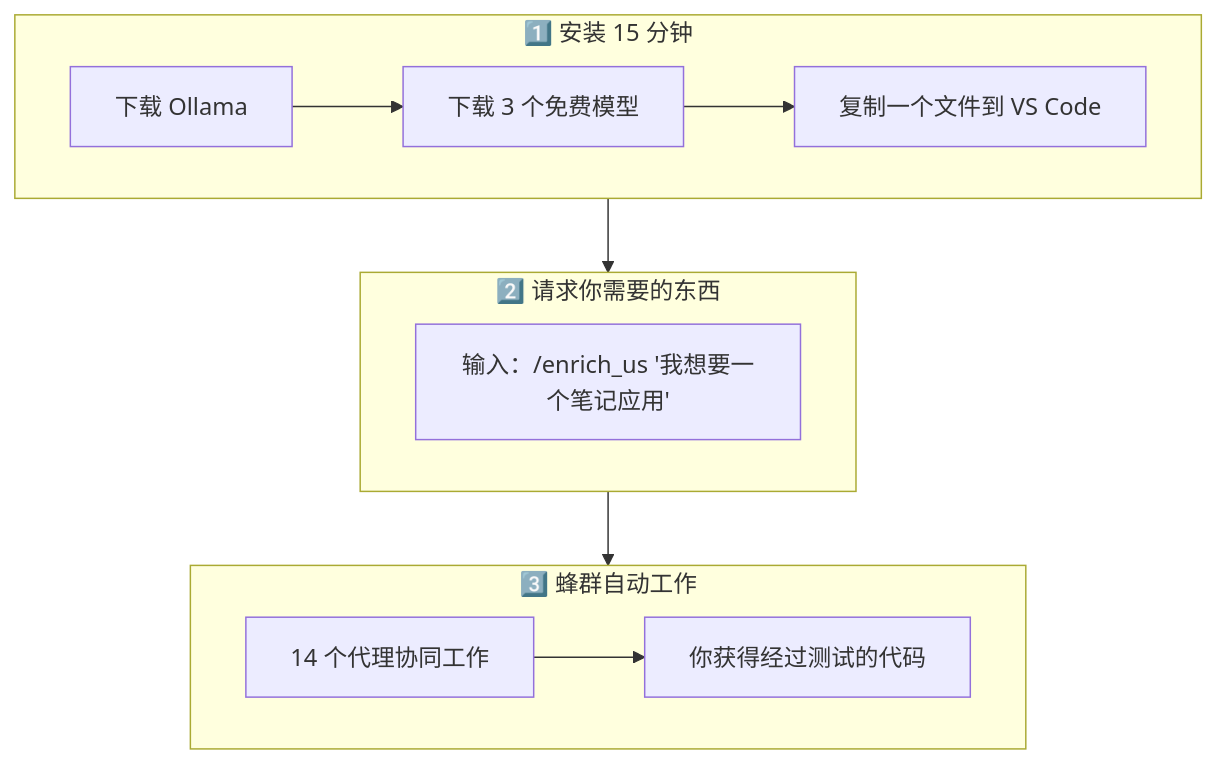
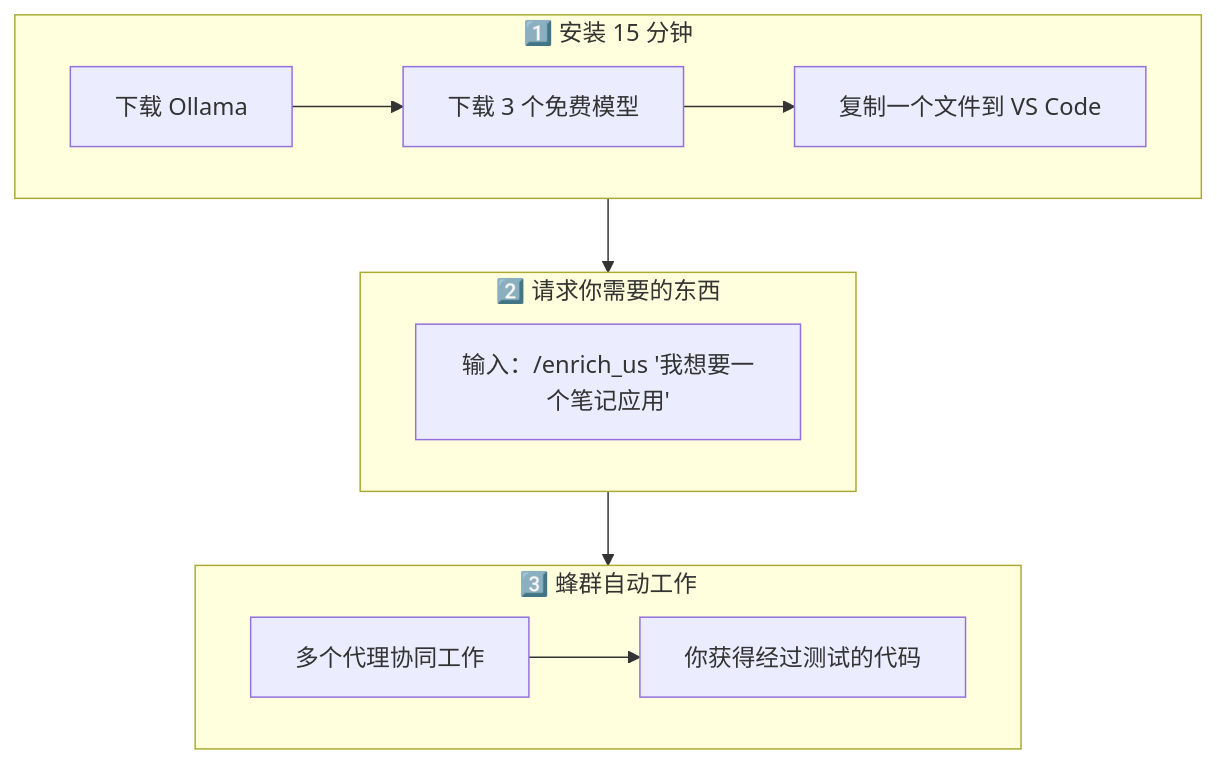
Before and after one commit to Aquilesnake/COALA-SwarmOps: the second of 6 diagrams in README_CN.md, drawn with Mermaid. The commit also changed other lines of this file and 6 other files, not shown here.

````diff
--- a/README_CN.md
+++ b/README_CN.md
@@ -58,16 +58,16 @@
 ```mermaid
 flowchart TB
     subgraph Step1["1️⃣ 安装 15 分钟"]
         S1A[下载 Ollama] --> S1B[下载 3 个免费模型] --> S1C[复制一个文件到 VS Code]
     end
 
     subgraph Step2["2️⃣ 请求你需要的东西"]
         S2A["输入：/enrich_us '我想要一个笔记应用'"]
     end
 
     subgraph Step3["3️⃣ 蜂群自动工作"]
-        S3A[14 个代理协同工作] --> S3B[你获得经过测试的代码]
+        S3A[多个代理协同工作] --> S3B[你获得经过测试的代码]
     end
 
     Step1 --> Step2 --> Step3
 ```
````
